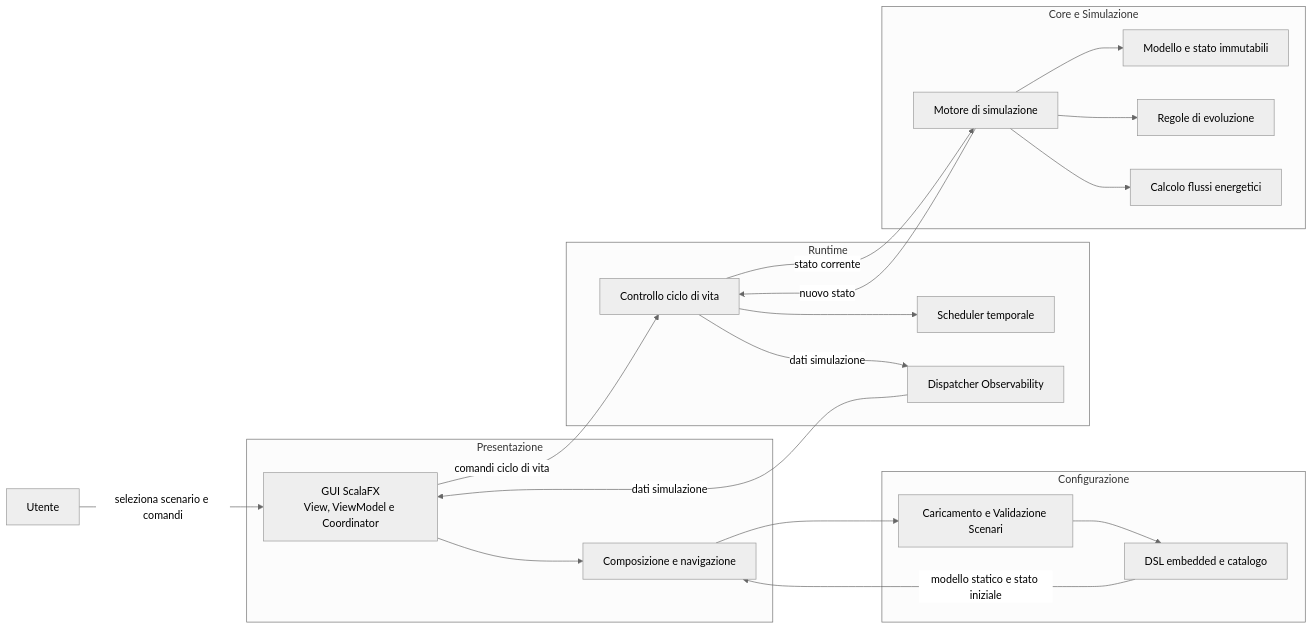
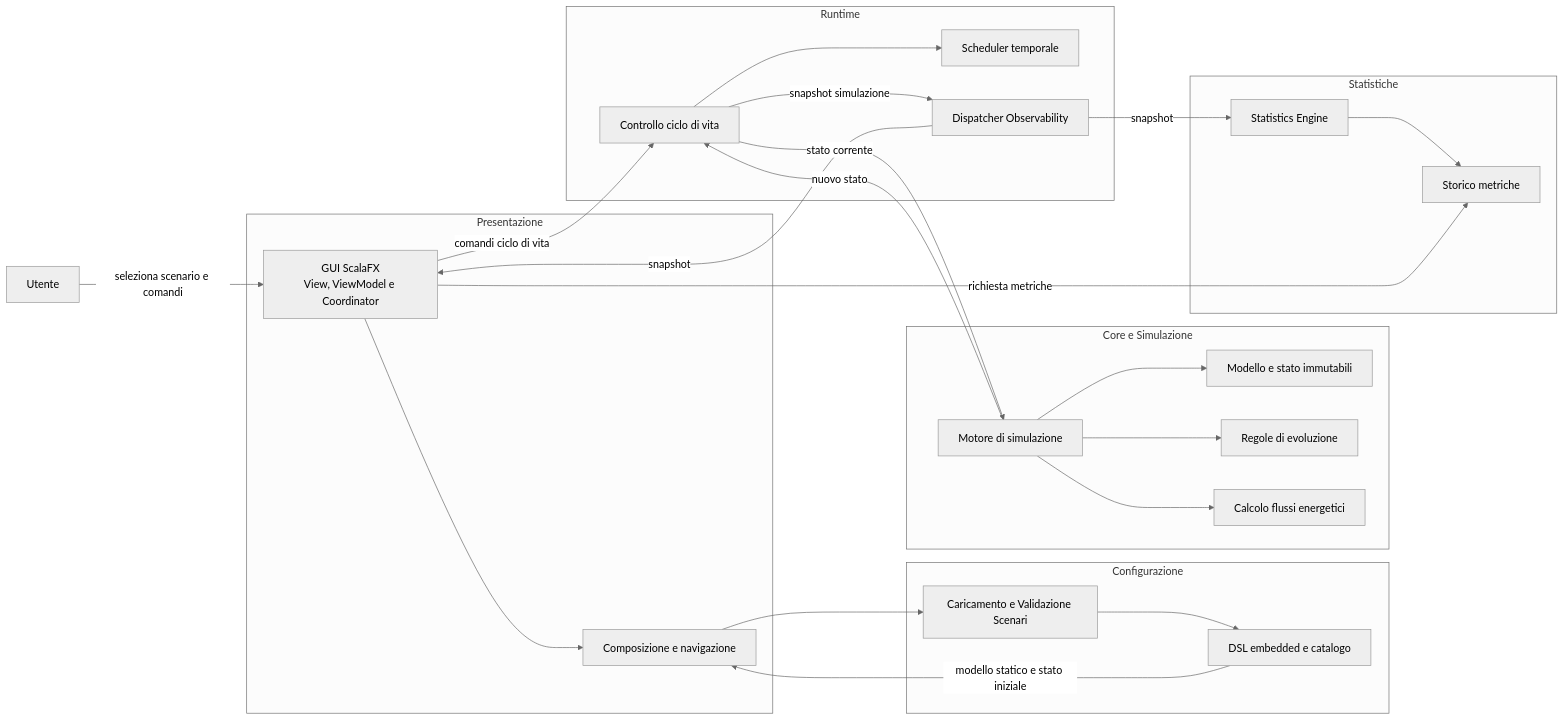
One commit to bambinim/GridSim changed the diagram in docs/04-architectural_design.md. Above: the diagram before and after it, drawn with Mermaid (neutral theme). The commit also changed other lines of this file, not shown here.

Commit message:
docs: update architectural design

````diff
--- a/docs/04-architectural_design.md
+++ b/docs/04-architectural_design.md
@@ -35,44 +35,54 @@
 ```mermaid
 flowchart LR
     User[Utente]
 
     subgraph Presentation[Presentazione]
         GUI[GUI ScalaFX<br/>View, ViewModel e Coordinator]
         Navigation[Composizione e navigazione]
     end
 
     subgraph Configuration[Configurazione]
         ScenarioLoader[Caricamento e Validazione Scenari]
         DSL[DSL embedded e catalogo]
     end
 
     subgraph Runtime[Runtime]
         Controller[Controllo ciclo di vita]
         Scheduler[Scheduler temporale]
         Dispatcher[Dispatcher Observability]
     end
 
     subgraph Domain[Core e Simulazione]
         Model[Modello e stato immutabili]
         Engine[Motore di simulazione]
         Evolution[Regole di evoluzione]
         Solver[Calcolo flussi energetici]
     end
 
+    subgraph Statistics[Statistiche]
+        StatisticsEngine[Statistics Engine]
+        StatisticsRepository[Storico metriche]
+    end
+
     User -->|seleziona scenario e comandi| GUI
     GUI --> Navigation
     Navigation --> ScenarioLoader
     ScenarioLoader --> DSL
     DSL -->|modello statico e stato iniziale| Navigation
 
     GUI -->|comandi ciclo di vita| Controller
     Controller --> Scheduler
     Controller -->|stato corrente| Engine
+
     Engine --> Model
     Engine --> Evolution
     Engine --> Solver
     Engine -->|nuovo stato| Controller
 
-    Controller -->|dati simulazione| Dispatcher
-    Dispatcher -->|dati simulazione| GUI
+    Controller -->|snapshot simulazione| Dispatcher
+
+    Dispatcher -->|snapshot| GUI
+    Dispatcher -->|snapshot| StatisticsEngine
+    StatisticsEngine --> StatisticsRepository
+    GUI -->|richiesta metriche| StatisticsRepository
 ```
````
